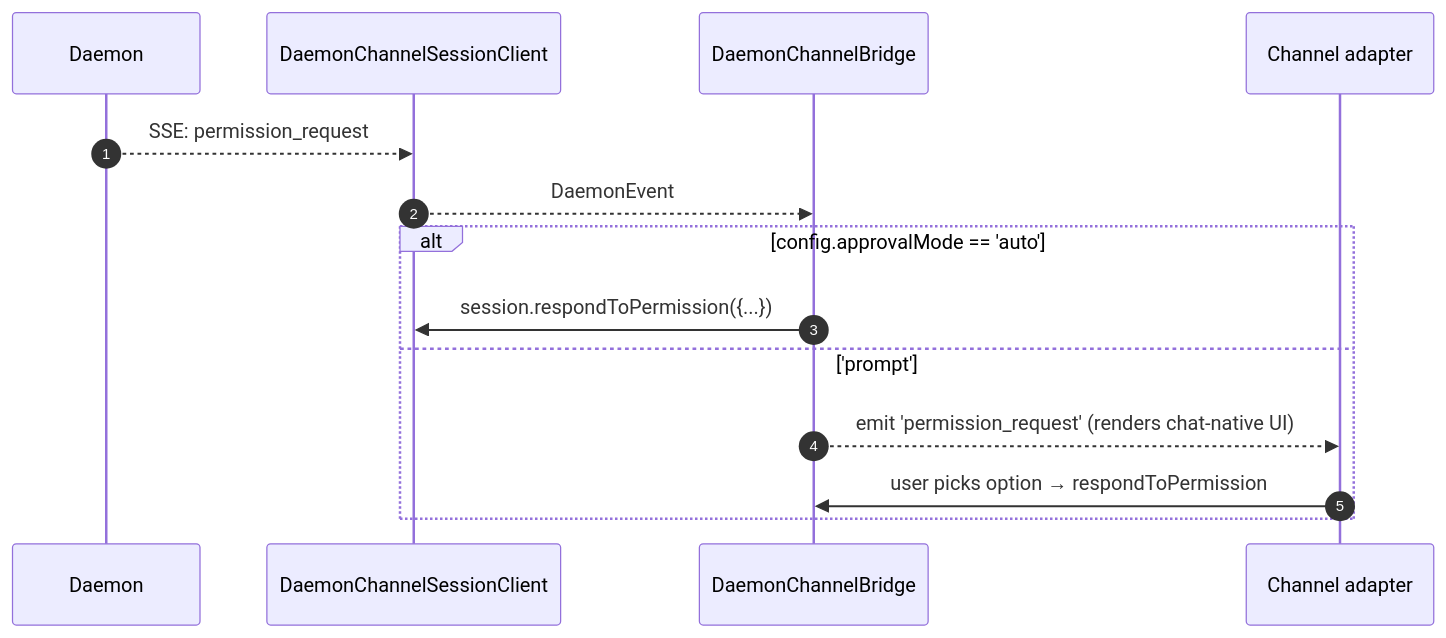
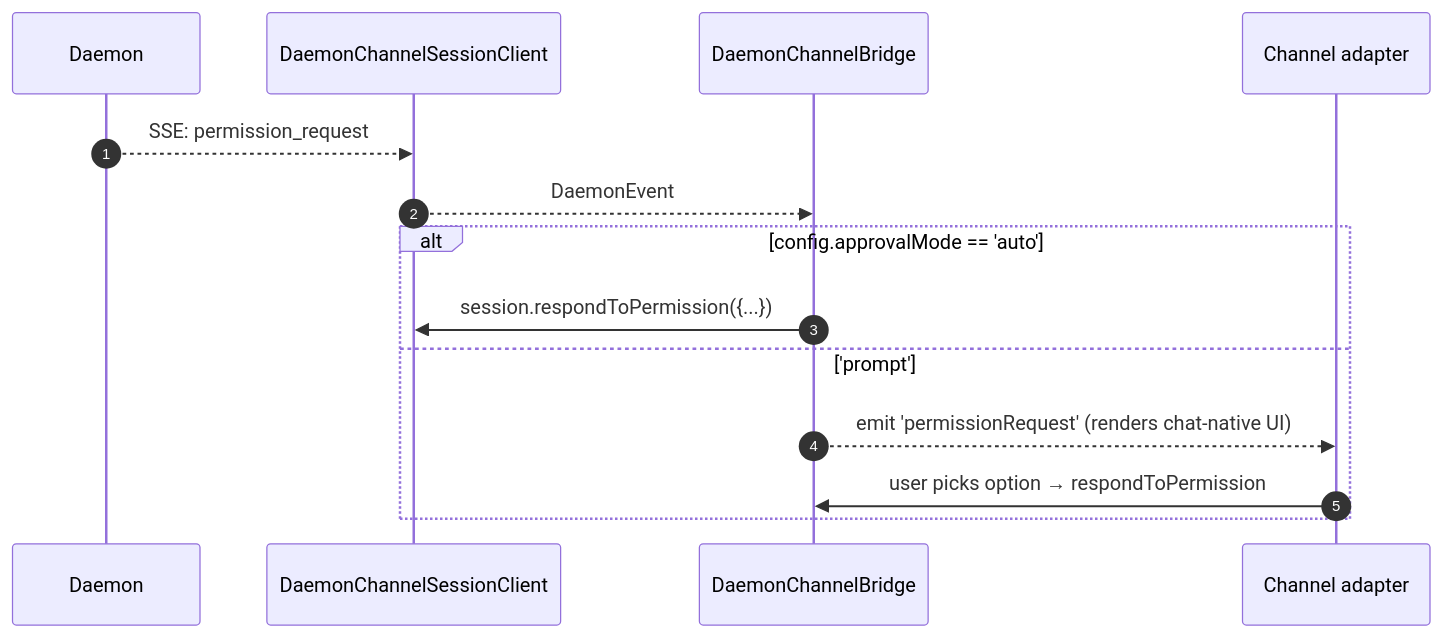
One commit to QwenLM/qwen-code changed the third of 3 diagrams in docs/developers/daemon/15-channel-adapters.md. Above: the diagram before and after it, drawn with Mermaid. The commit also changed other lines of this file and 22 other files, not shown here.

````diff
--- a/docs/developers/daemon/15-channel-adapters.md
+++ b/docs/developers/daemon/15-channel-adapters.md
@@ -124,17 +131,17 @@
 ```mermaid
 sequenceDiagram
     autonumber
     participant D as Daemon
     participant SC as DaemonChannelSessionClient
     participant BR as DaemonChannelBridge
     participant AD as Channel adapter
 
     D-->>SC: SSE: permission_request
     SC-->>BR: DaemonEvent
     alt config.approvalMode == 'auto'
         BR->>SC: session.respondToPermission({...})
     else 'prompt'
-        BR-->>AD: emit 'permission_request' (renders chat-native UI)
+        BR-->>AD: emit 'permissionRequest' (renders chat-native UI)
         AD->>BR: user picks option → respondToPermission
     end
 ```
````
